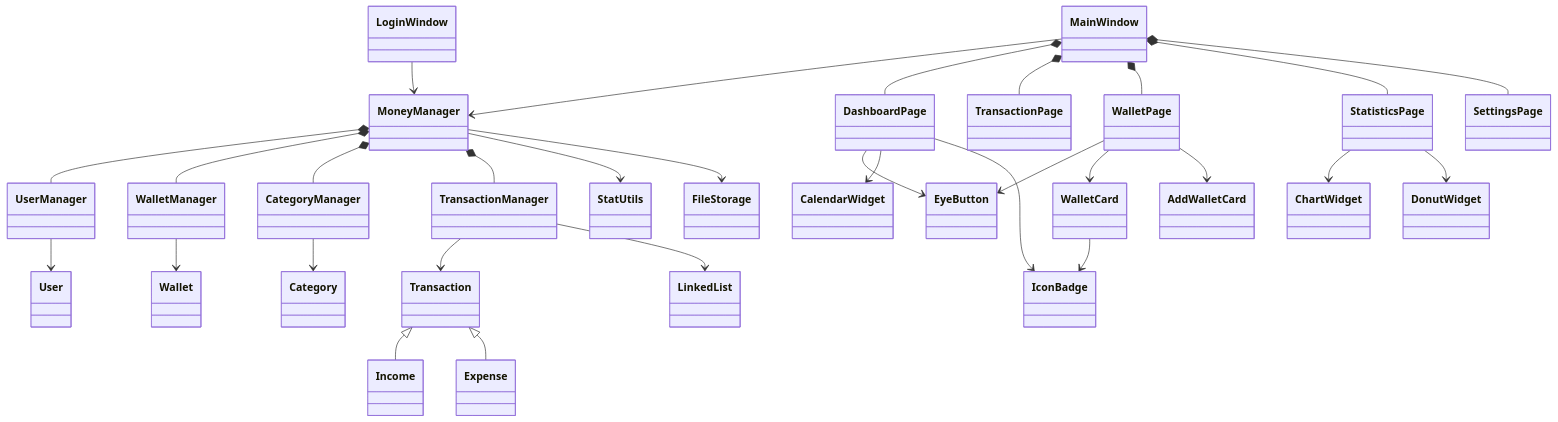
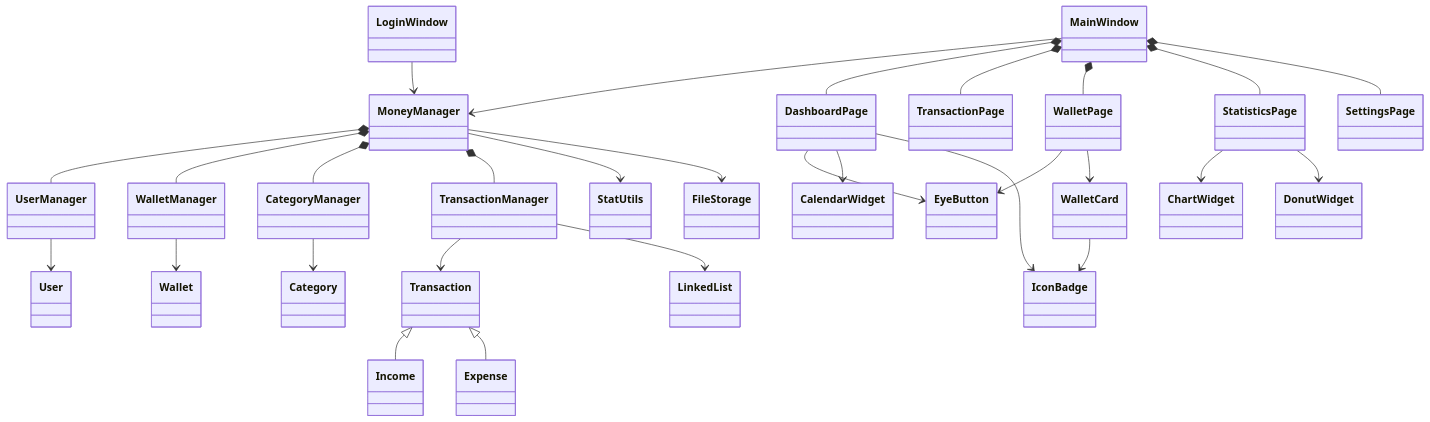
One commit to ryoverling/PBL2 changed the diagram in GIAI_THICH.md. Above: the diagram before and after it, drawn with Mermaid. The commit also changed other lines of this file and 1 other file, not shown here.

````diff
--- a/GIAI_THICH.md
+++ b/GIAI_THICH.md
@@ -7,32 +7,31 @@
 ```mermaid
 classDiagram
     MoneyManager *-- UserManager
     MoneyManager *-- WalletManager
     MoneyManager *-- CategoryManager
     MoneyManager *-- TransactionManager
     MoneyManager --> StatUtils
     MoneyManager --> FileStorage
     UserManager --> User
     WalletManager --> Wallet
     CategoryManager --> Category
     TransactionManager --> Transaction
     TransactionManager --> LinkedList
     Transaction <|-- Income
     Transaction <|-- Expense
     LoginWindow --> MoneyManager
     MainWindow --> MoneyManager
     MainWindow *-- DashboardPage
     MainWindow *-- TransactionPage
     MainWindow *-- WalletPage
     MainWindow *-- StatisticsPage
     MainWindow *-- SettingsPage
     DashboardPage --> EyeButton
     DashboardPage --> CalendarWidget
     DashboardPage --> IconBadge
     WalletPage --> EyeButton
     WalletPage --> WalletCard
-    WalletPage --> AddWalletCard
     WalletCard --> IconBadge
     StatisticsPage --> ChartWidget
     StatisticsPage --> DonutWidget
 ```
````
